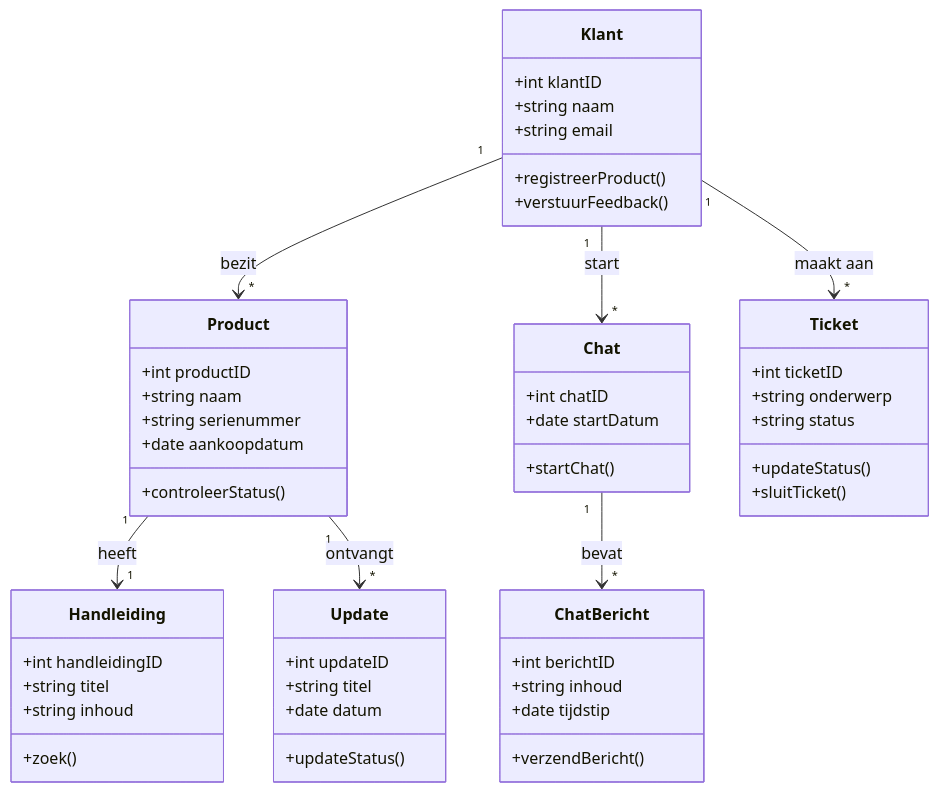
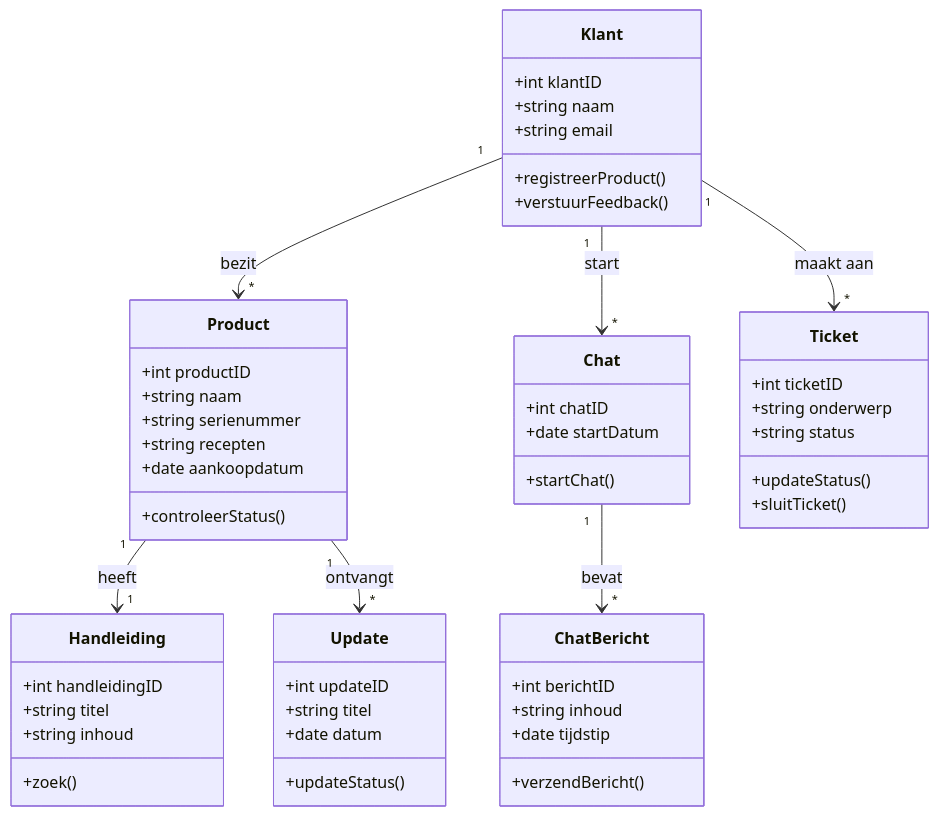
Before and after one commit to keiborgh/BimBonBon-Requirements-Specificatie: the second of 2 diagrams in 06-domeinmodel.md, drawn with Mermaid.

````diff
--- a/06-domeinmodel.md
+++ b/06-domeinmodel.md
@@ -43,55 +43,56 @@
 ```mermaid
 classDiagram
     class Klant {
         +int klantID
         +string naam
         +string email
         +registreerProduct()
         +verstuurFeedback()
     }
     class Product {
         +int productID
         +string naam
         +string serienummer
+        +string recepten
         +date aankoopdatum
         +controleerStatus()
     }
     class Handleiding {
         +int handleidingID
         +string titel
         +string inhoud
         +zoek()
     }
     class Update {
         +int updateID
         +string titel
         +date datum
         +updateStatus()
     }
     class Chat {
         +int chatID
         +date startDatum
         +startChat()
     }
     class ChatBericht {
         +int berichtID
         +string inhoud
         +date tijdstip
         +verzendBericht()
     }
     class Ticket {
         +int ticketID
         +string onderwerp
         +string status
         +updateStatus()
         +sluitTicket()
     }
 
     Klant "1" --> "*" Product : bezit
     Product "1" --> "1" Handleiding : heeft
     Product "1" --> "*" Update : ontvangt
     Klant "1" --> "*" Chat : start
     Chat "1" --> "*" ChatBericht : bevat
     Klant "1" --> "*" Ticket : maakt aan
 
 ```
````
